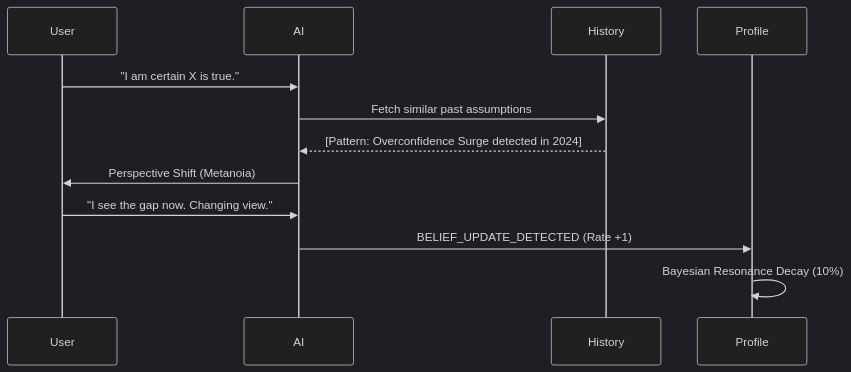
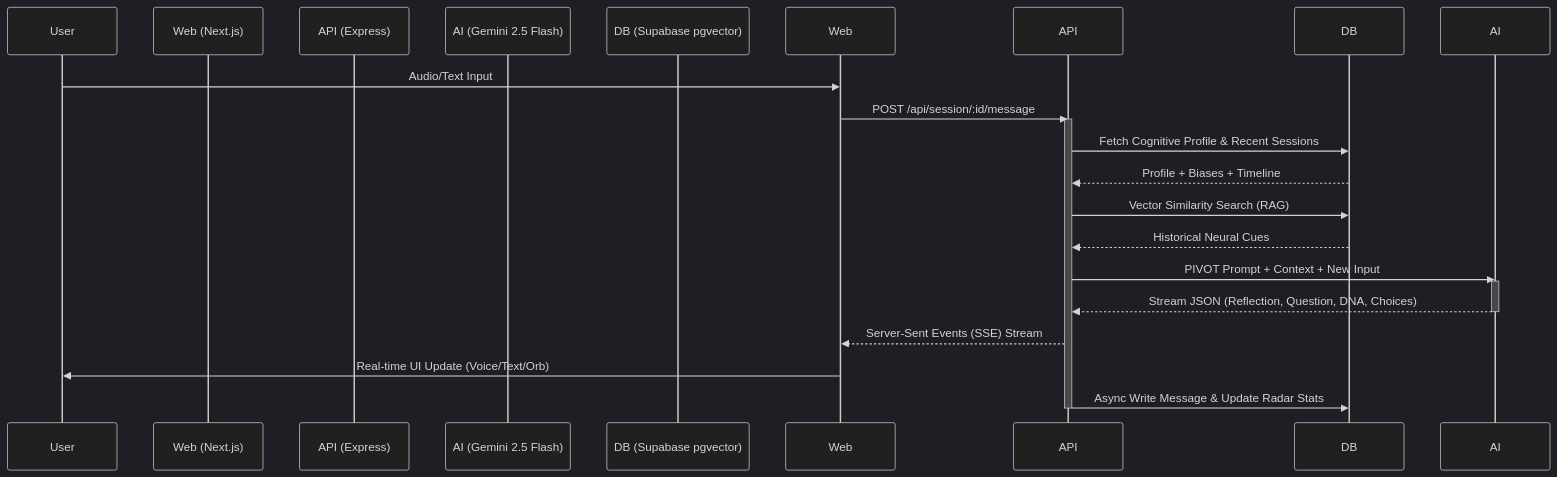
One commit to livingcool/Metacognition changed the second of 2 diagrams in README.md. Above: the diagram before and after it, drawn with Mermaid (dark theme). The commit also changed other lines of this file and 12 other files, not shown here.

````diff
--- a/README.md
+++ b/README.md
@@ -98,15 +143,24 @@
 ```mermaid
 sequenceDiagram
     participant User
-    participant AI
-    participant History
-    participant Profile
+    participant Web (Next.js)
+    participant API (Express)
+    participant AI (Gemini 2.5 Flash)
+    participant DB (Supabase pgvector)
 
-    User->>AI: "I am certain X is true."
-    AI->>History: Fetch similar past assumptions
-    History-->>AI: [Pattern: Overconfidence Surge detected in 2024]
-    AI->>User: Perspective Shift (Metanoia)
-    User->>AI: "I see the gap now. Changing view."
-    AI->>Profile: BELIEF_UPDATE_DETECTED (Rate +1)
-    Profile->>Profile: Bayesian Resonance Decay (10%)
+    User->>Web: Audio/Text Input
+    Web->>API: POST /api/session/:id/message
+    activate API
+    API->>DB: Fetch Cognitive Profile & Recent Sessions
+    DB-->>API: Profile + Biases + Timeline
+    API->>DB: Vector Similarity Search (RAG)
+    DB-->>API: Historical Neural Cues
+    API->>AI: PIVOT Prompt + Context + New Input
+    activate AI
+    AI-->>API: Stream JSON (Reflection, Question, DNA, Choices)
+    deactivate AI
+    API-->>Web: Server-Sent Events (SSE) Stream
+    Web->>User: Real-time UI Update (Voice/Text/Orb)
+    API->>DB: Async Write Message & Update Radar Stats
+    deactivate API
 ```
````
